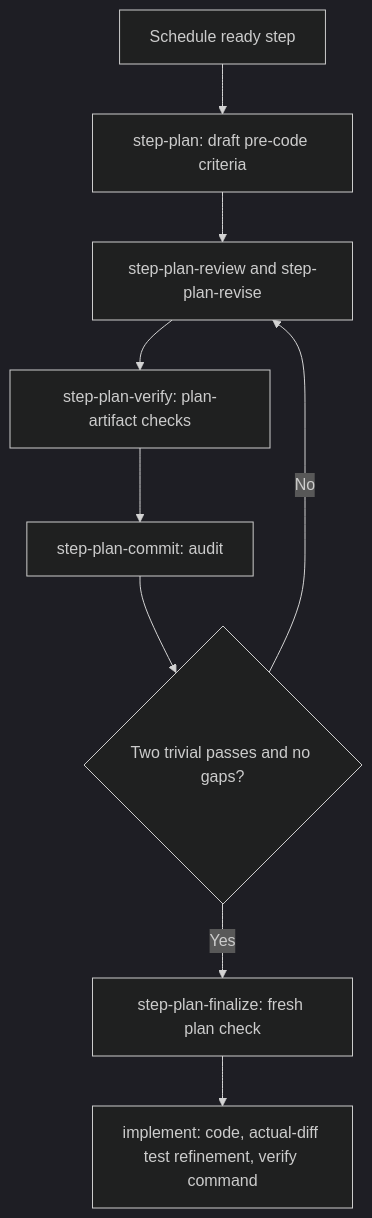
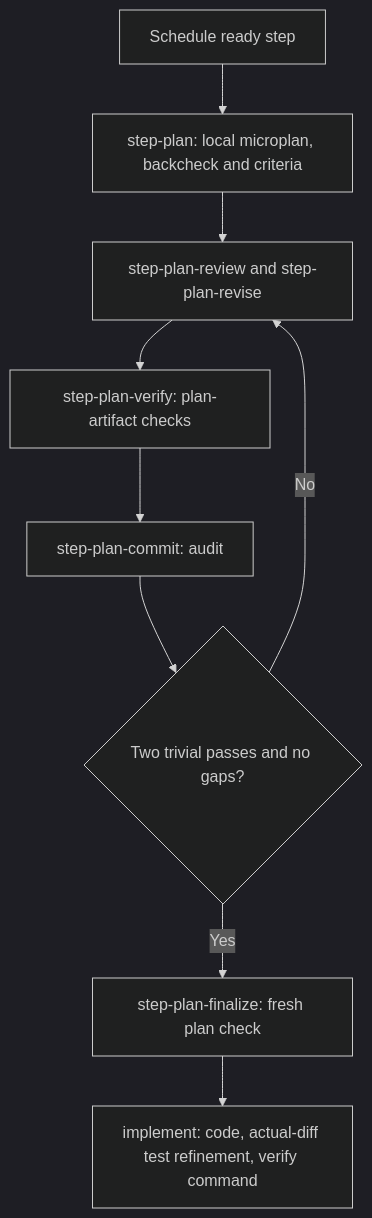
One commit to whichguy/skill-craft changed the second of 8 diagrams in skills/shiploop/README.md. Above: the diagram before and after it, drawn with Mermaid (dark theme). The commit also changed other lines of this file and 13 other files, not shown here.

````diff
--- a/skills/shiploop/README.md
+++ b/skills/shiploop/README.md
@@ -307,11 +307,11 @@
 ```mermaid
 flowchart TD
-    S[Schedule ready step] --> D[step-plan: draft pre-code criteria]
+    S[Schedule ready step] --> D[step-plan: local microplan, backcheck and criteria]
     D --> R[step-plan-review and step-plan-revise]
     R --> V[step-plan-verify: plan-artifact checks]
     V --> C[step-plan-commit: audit]
     C --> G{Two trivial passes and no gaps?}
     G -->|No| R
     G -->|Yes| F[step-plan-finalize: fresh plan check]
     F --> I[implement: code, actual-diff test refinement, verify command]
 ```
````
